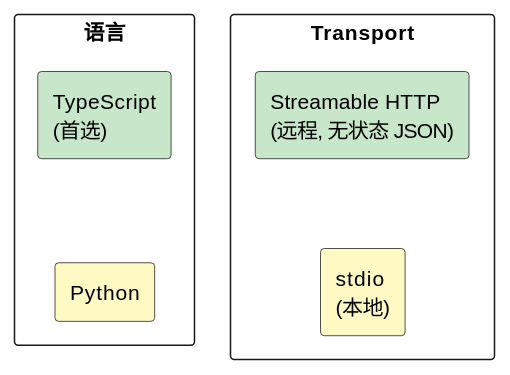
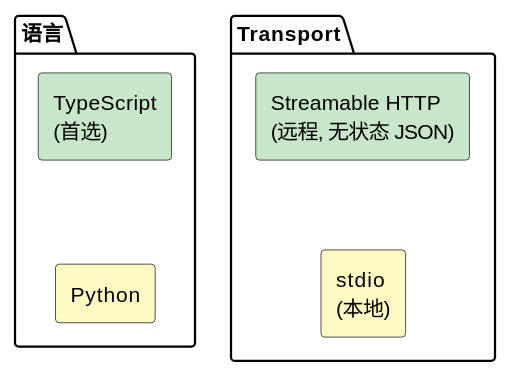
One commit to wendellzone/wendellzone.github.io changed the third of 3 diagrams in posts/mcp-builder-deep-dive.md. Above: the diagram before and after it, drawn with PlantUML. The commit also changed other lines of this file, not shown here.

Commit message:
post: update '拆解 mcp-builder skill：四阶段造一个让 AI 自己用的 API' (mcp-builder-deep-dive)

````diff
--- a/posts/mcp-builder-deep-dive.md
+++ b/posts/mcp-builder-deep-dive.md
@@ -120,18 +121,18 @@
 ```plantuml
 @startuml
 skinparam backgroundColor transparent
 
-rectangle "语言" as L {
+package "语言" {
   rectangle "TypeScript\n(首选)" as TS #c8e6c9
   rectangle "Python" as PY #fff9c4
 }
 
-rectangle "Transport" as T {
+package "Transport" {
   rectangle "Streamable HTTP\n(远程, 无状态 JSON)" as H #c8e6c9
   rectangle "stdio\n(本地)" as S #fff9c4
 }
 
 TS -[hidden]- PY
 H -[hidden]- S
 @enduml
 ```
````
